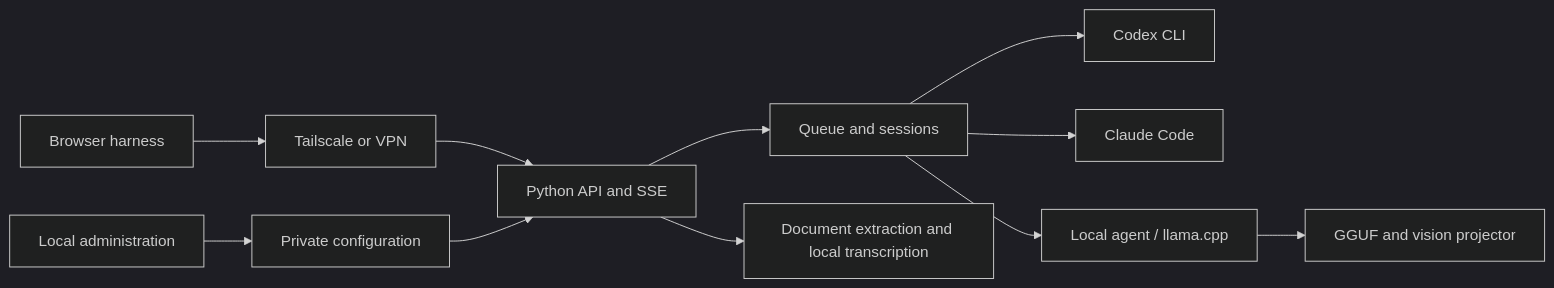
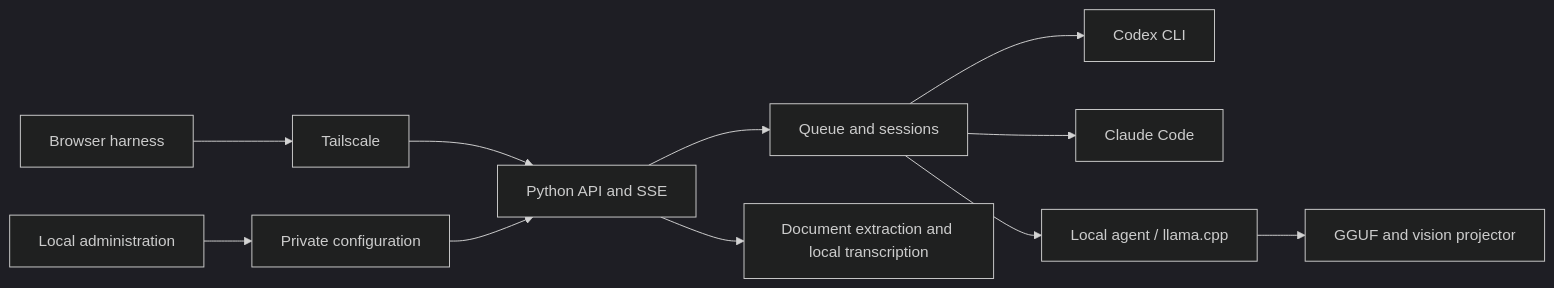
The first of 2 diagrams in README.md (sophia-phillipa/keepharness), drawn with Mermaid (dark theme) before and after one commit. The commit also changed other lines of this file and 5 other files, not shown here.

````diff
--- a/README.md
+++ b/README.md
@@ -201,13 +201,13 @@
 ```mermaid
 flowchart LR
-  Browser[Browser harness] --> VPN[Tailscale or VPN]
+  Browser[Browser harness] --> VPN[Tailscale]
   VPN --> API[Python API and SSE]
   Admin[Local administration] --> Config[Private configuration]
   Config --> API
   API --> Queue[Queue and sessions]
   Queue --> Codex[Codex CLI]
   Queue --> Claude[Claude Code]
   Queue --> Local[Local agent / llama.cpp]
   Local --> Weights[GGUF and vision projector]
   API --> Files[Document extraction and local transcription]
 ```
````
